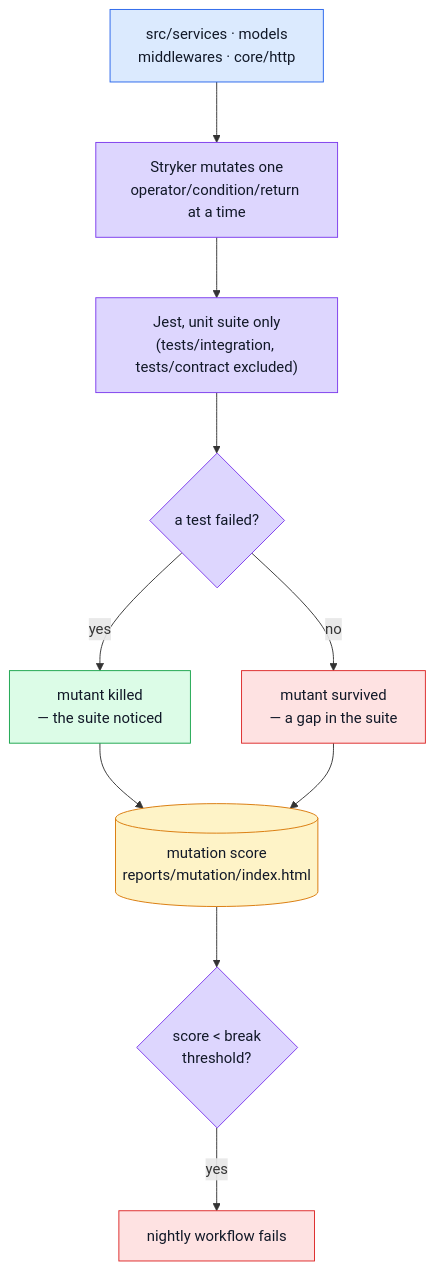
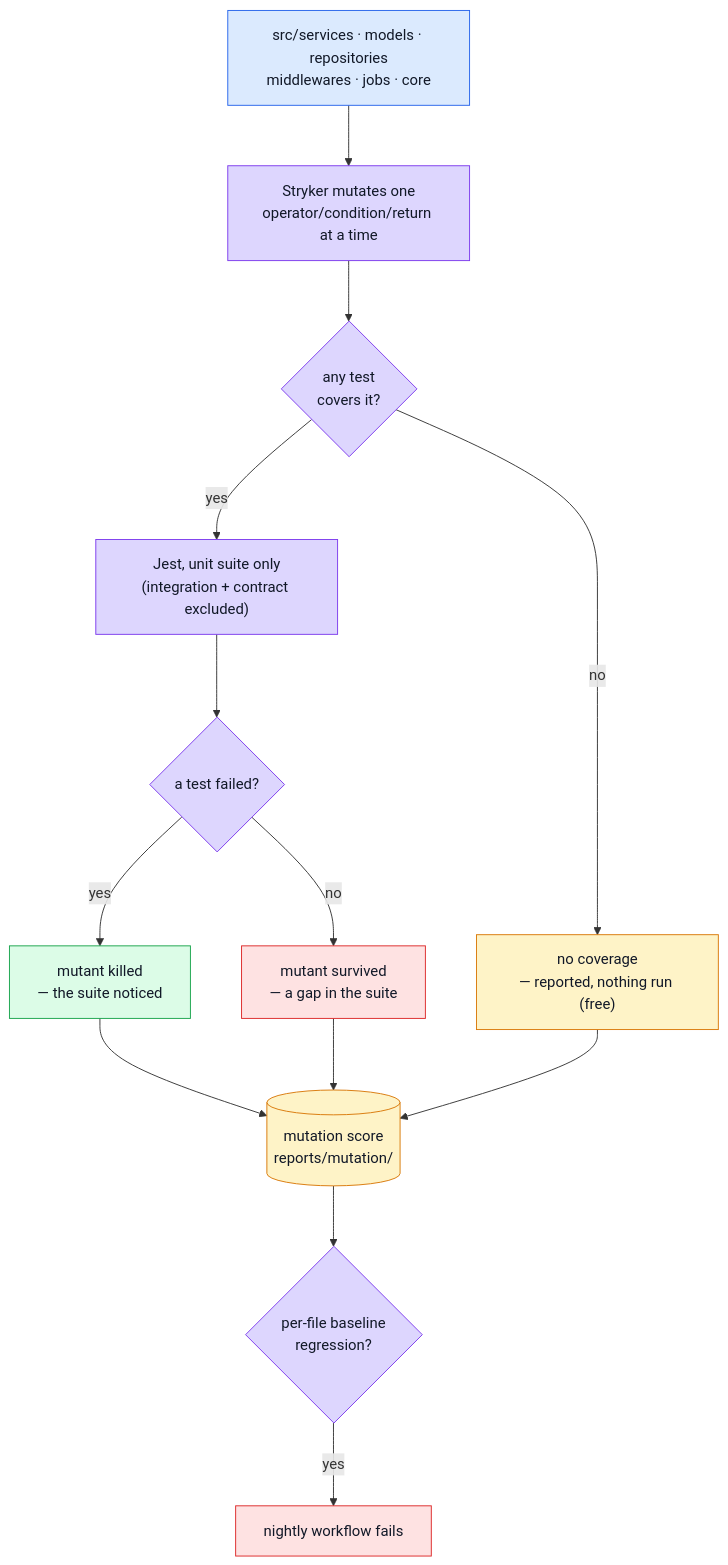
One commit to Guebbit/boilerplate-node-backend changed the second of 5 diagrams in docs/tools/mutation-testing.md. Above: the diagram before and after it, drawn with Mermaid. The commit also changed other lines of this file and 12 other files, not shown here.

````diff
--- a/docs/tools/mutation-testing.md
+++ b/docs/tools/mutation-testing.md
@@ -14,24 +92,27 @@
 ```mermaid
 %%{init: {'flowchart': {'nodeSpacing': 55, 'rankSpacing': 65}}}%%
 flowchart TB
-    Source["src/services · models\nmiddlewares · core/http"] --> Mutate["Stryker mutates one\noperator/condition/return at a time"]
-    Mutate --> Run["Jest, unit suite only\n(tests/integration, tests/contract excluded)"]
+    Source["src/services · models · repositories\nmiddlewares · jobs · core"] --> Mutate["Stryker mutates one\noperator/condition/return at a time"]
+    Mutate --> Cov{"any test\ncovers it?"}
+    Cov -->|no| NoCov["no coverage\n— reported, nothing run (free)"]
+    Cov -->|yes| Run["Jest, unit suite only\n(integration + contract excluded)"]
     Run --> Killed{"a test failed?"}
     Killed -->|yes| Dead["mutant killed\n— the suite noticed"]
     Killed -->|no| Survived["mutant survived\n— a gap in the suite"]
-    Dead --> Score[("mutation score\nreports/mutation/index.html")]
+    Dead --> Score[("mutation score\nreports/mutation/")]
     Survived --> Score
-    Score --> Gate{"score < break\nthreshold?"}
+    NoCov --> Score
+    Score --> Gate{"per-file baseline\nregression?"}
     Gate -->|yes| RedBuild["nightly workflow fails"]
 
     classDef src fill:#dbeafe,stroke:#2563eb,color:#111827;
     classDef proc fill:#ddd6fe,stroke:#7c3aed,color:#111827;
     classDef good fill:#dcfce7,stroke:#16a34a,color:#111827;
     classDef bad fill:#fee2e2,stroke:#dc2626,color:#111827;
     classDef out fill:#fef3c7,stroke:#d97706,color:#111827;
     class Source src;
-    class Mutate,Run,Killed,Gate proc;
+    class Mutate,Run,Killed,Gate,Cov proc;
     class Dead good;
     class Survived,RedBuild bad;
-    class Score out;
+    class Score,NoCov out;
 ```
````
